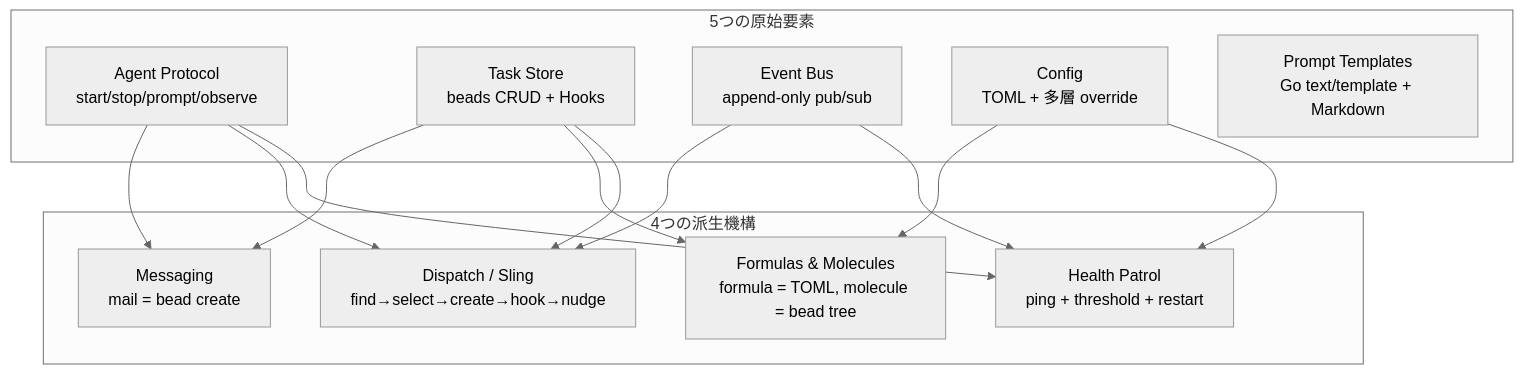
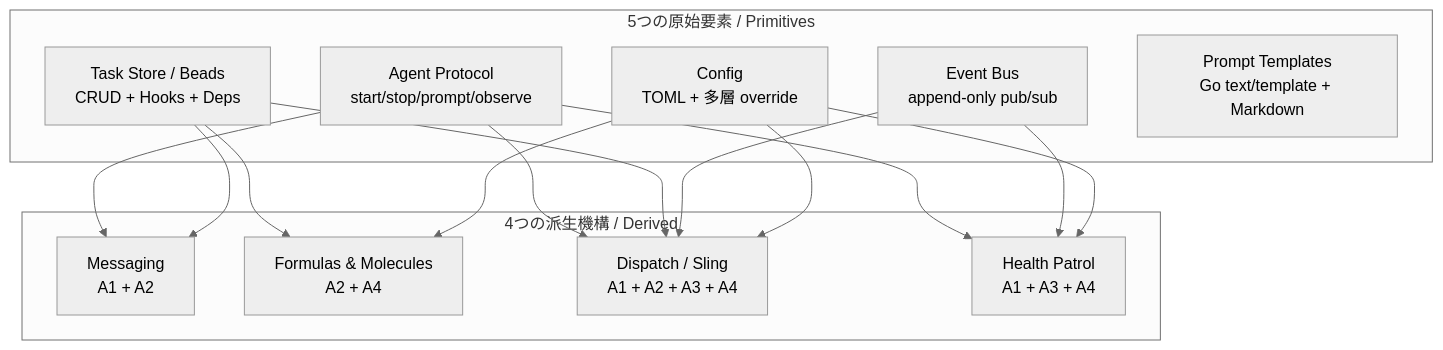
One commit to ymdvsymd/gascity changed the third of 3 diagrams in .history/20260429-usage/OVERVIEW.md. Above: the diagram before and after it, drawn with Mermaid (neutral theme). The commit also changed other lines of this file, not shown here.

````diff
--- a/.history/20260429-usage/OVERVIEW.md
+++ b/.history/20260429-usage/OVERVIEW.md
@@ -73,26 +168,27 @@
 ```mermaid
 graph TB
-    subgraph 原始要素[5つの原始要素]
+    subgraph 原始要素[5つの原始要素 / Primitives]
         A1[Agent Protocol<br>start/stop/prompt/observe]
-        A2[Task Store<br>beads CRUD + Hooks]
+        A2[Task Store / Beads<br>CRUD + Hooks + Deps]
         A3[Event Bus<br>append-only pub/sub]
         A4[Config<br>TOML + 多層 override]
         A5[Prompt Templates<br>Go text/template + Markdown]
     end
-    subgraph 派生機構[4つの派生機構]
-        B1[Messaging<br>mail = bead create]
-        B2[Formulas & Molecules<br>formula = TOML, molecule = bead tree]
-        B3[Dispatch / Sling<br>find→select→create→hook→nudge]
-        B4[Health Patrol<br>ping + threshold + restart]
+    subgraph 派生機構[4つの派生機構 / Derived]
+        B1[Messaging<br>A1 + A2]
+        B2[Formulas & Molecules<br>A2 + A4]
+        B3[Dispatch / Sling<br>A1 + A2 + A3 + A4]
+        B4[Health Patrol<br>A1 + A3 + A4]
     end
     A1 --> B1
     A2 --> B1
     A2 --> B2
     A4 --> B2
     A1 --> B3
     A2 --> B3
     A3 --> B3
+    A4 --> B3
     A1 --> B4
     A3 --> B4
     A4 --> B4
 ```
````
